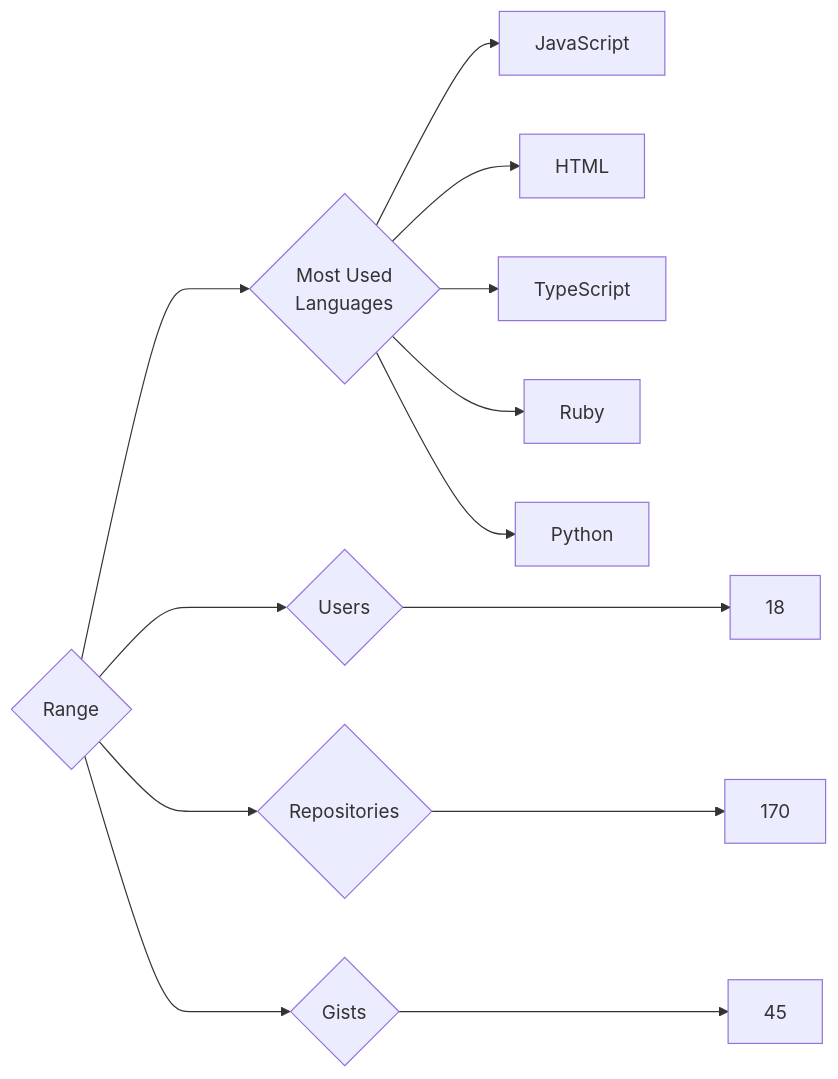
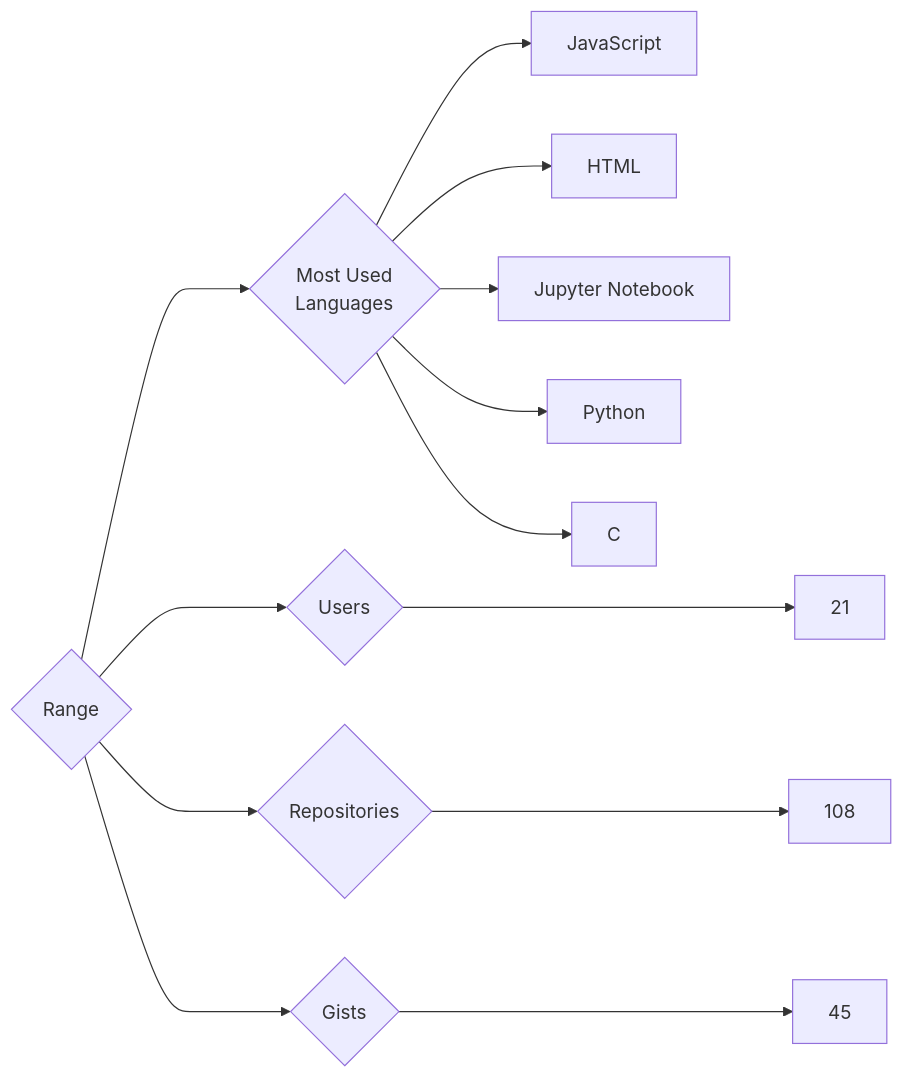
The diagram in targets/Range/README.md (trickest/insiders), drawn with Mermaid before and after one commit. The commit also changed 895 other files, not shown here.

````diff
--- a/targets/Range/README.md
+++ b/targets/Range/README.md
@@ -3,13 +3,13 @@
 ```mermaid
 graph LR
 COMPANY_NAME{Range}
-COMPANY_NAME ---> U{Users} ---> UN[18]
-COMPANY_NAME ---> R{Repositories} ---> RN[170]
+COMPANY_NAME ---> U{Users} ---> UN[21]
+COMPANY_NAME ---> R{Repositories} ---> RN[108]
 COMPANY_NAME ---> G{Gists} ---> GN[45]
 COMPANY_NAME ---> ML{Most Used<br>Languages}
 ML --> JavaScript[JavaScript]
 ML --> HTML[HTML]
-ML --> TypeScript[TypeScript]
-ML --> Ruby[Ruby]
+ML --> Jupyter_Notebook[Jupyter Notebook]
 ML --> Python[Python]
+ML --> C[C]
 ```
````
